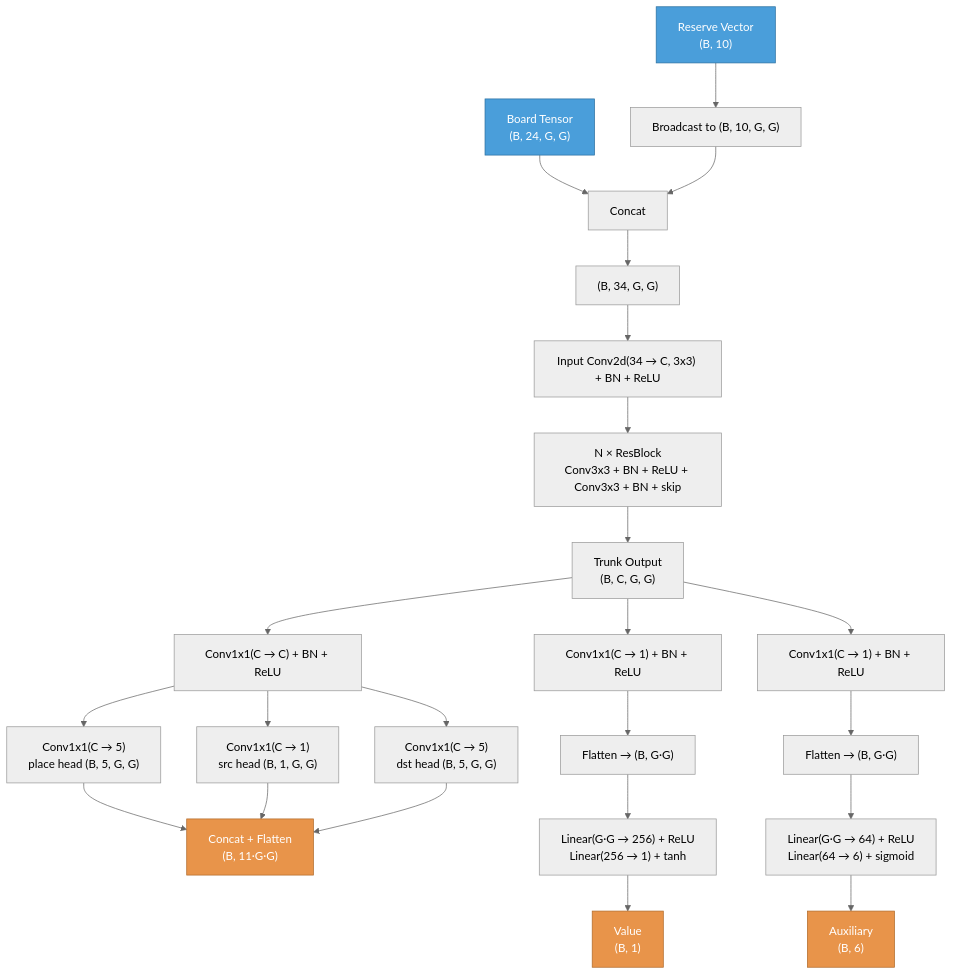
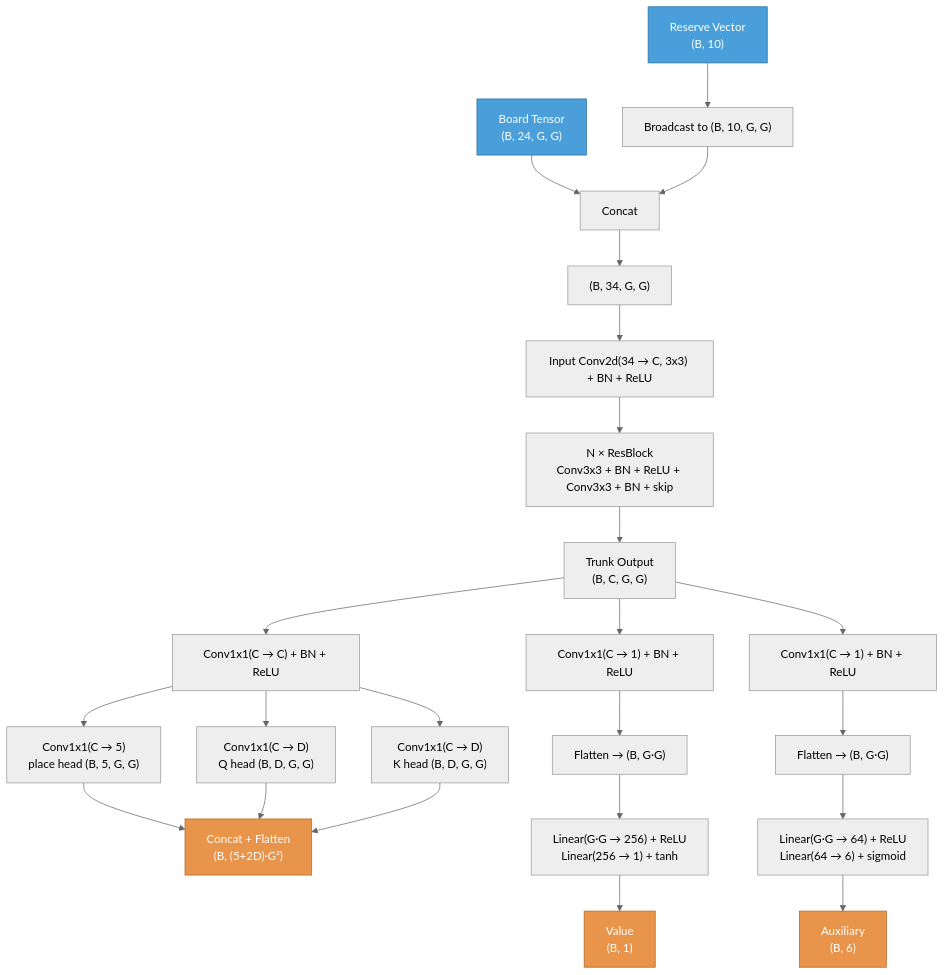
Before and after one commit to wldevries/hive-zero: the diagram in docs/hive_model.md, drawn with Mermaid (neutral theme). The commit also changed other lines of this file and 1 other file, not shown here.

````diff
--- a/docs/hive_model.md
+++ b/docs/hive_model.md
@@ -5,32 +5,32 @@
 ```mermaid
 graph TD
     BT["Board Tensor<br/>(B, 24, G, G)"]:::input --> CAT["Concat"]
     RV["Reserve Vector<br/>(B, 10)"]:::input --> BC["Broadcast to (B, 10, G, G)"]
     BC --> CAT
     CAT --> INPUT["(B, 34, G, G)"]
 
     INPUT --> IC["Input Conv2d(34 → C, 3x3) + BN + ReLU"]
     IC --> RB["N × ResBlock<br/>Conv3x3 + BN + ReLU + Conv3x3 + BN + skip"]
     RB --> TRUNK["Trunk Output<br/>(B, C, G, G)"]
 
     TRUNK --> PC["Conv1x1(C → C) + BN + ReLU"]
     PC --> PPL["Conv1x1(C → 5)<br/>place head (B, 5, G, G)"]
-    PC --> PSR["Conv1x1(C → 1)<br/>src head (B, 1, G, G)"]
-    PC --> PDT["Conv1x1(C → 5)<br/>dst head (B, 5, G, G)"]
-    PPL --> PFLAT["Concat + Flatten<br/>(B, 11·G·G)"]:::output
-    PSR --> PFLAT
-    PDT --> PFLAT
+    PC --> PQ["Conv1x1(C → D)<br/>Q head (B, D, G, G)"]
+    PC --> PK["Conv1x1(C → D)<br/>K head (B, D, G, G)"]
+    PPL --> PFLAT["Concat + Flatten<br/>(B, (5+2D)·G²)"]:::output
+    PQ --> PFLAT
+    PK --> PFLAT
 
     TRUNK --> VC["Conv1x1(C → 1) + BN + ReLU"]
     VC --> VF["Flatten → (B, G·G)"]
     VF --> VFC["Linear(G·G → 256) + ReLU<br/>Linear(256 → 1) + tanh"]
     VFC --> VOUT["Value<br/>(B, 1)"]:::output
 
     TRUNK --> AC["Conv1x1(C → 1) + BN + ReLU"]
     AC --> AF["Flatten → (B, G·G)"]
     AF --> AFC["Linear(G·G → 64) + ReLU<br/>Linear(64 → 6) + sigmoid"]
     AFC --> AOUT["Auxiliary<br/>(B, 6)"]:::output
 
     classDef input fill:#4a9eda,stroke:#2a6fa0,color:#fff
     classDef output fill:#e8944a,stroke:#b06a2a,color:#fff
 ```
````
